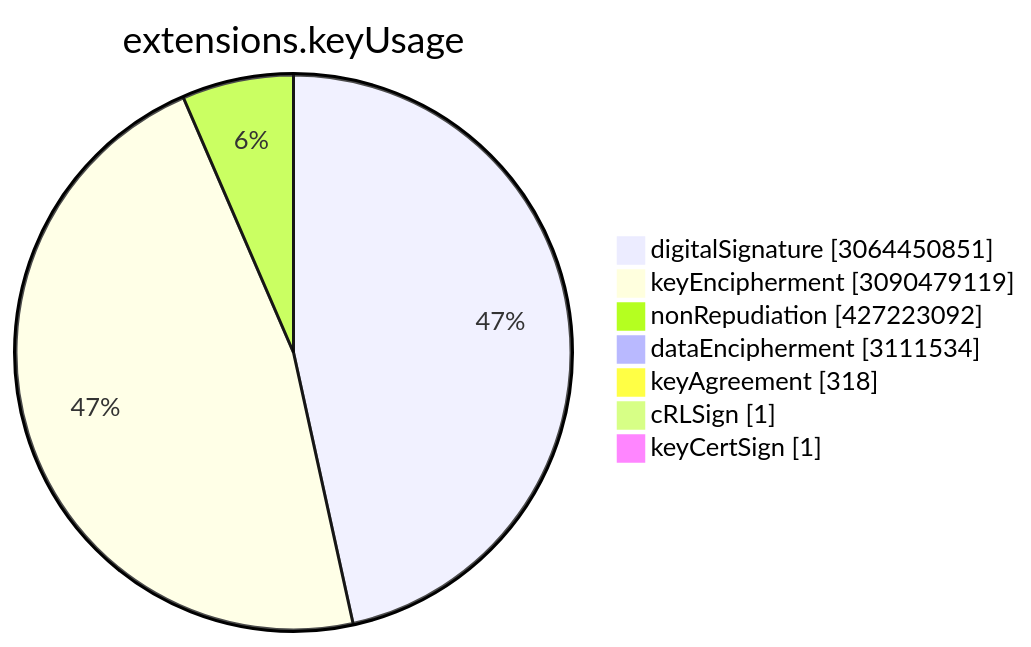
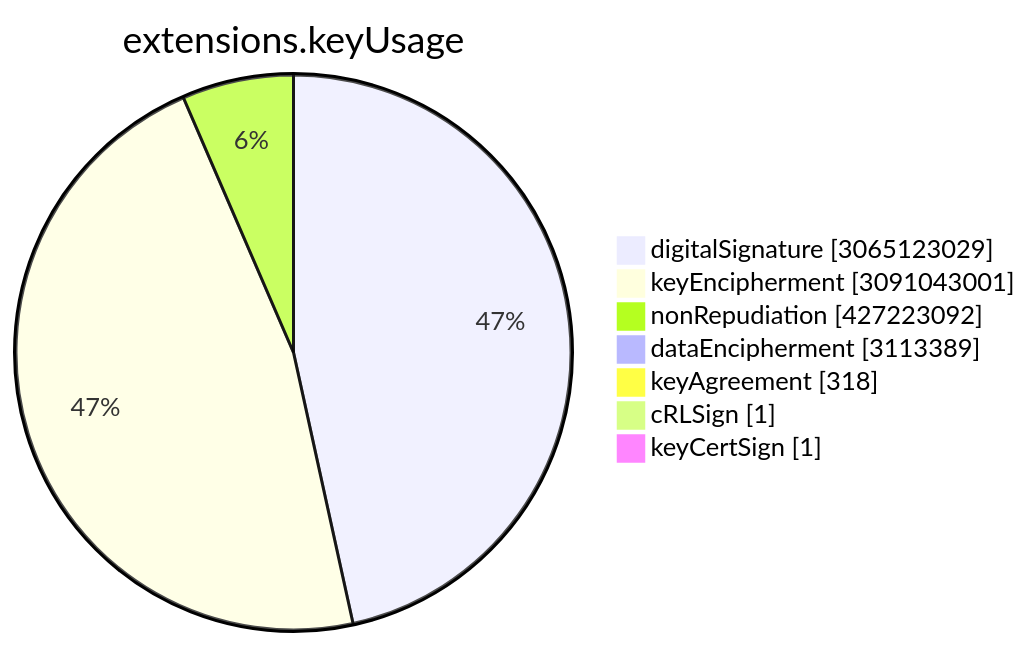
Before and after one commit to christiankrug/ctmonitor_visualization: the sixth of 15 diagrams in TOTAL/README.md, drawn with Mermaid. The commit also changed other lines of this file, not shown here.

````diff
--- a/TOTAL/README.md
+++ b/TOTAL/README.md
@@ -3075,11 +3075,11 @@
 ```mermaid
 pie showData
 title extensions.keyUsage
-"digitalSignature" :3064450851
-"keyEncipherment" :3090479119
+"digitalSignature" :3065123029
+"keyEncipherment" :3091043001
 "nonRepudiation" :427223092
-"dataEncipherment" :3111534
+"dataEncipherment" :3113389
 "keyAgreement" :318
 "cRLSign" :1
 "keyCertSign" :1
 ```
````
